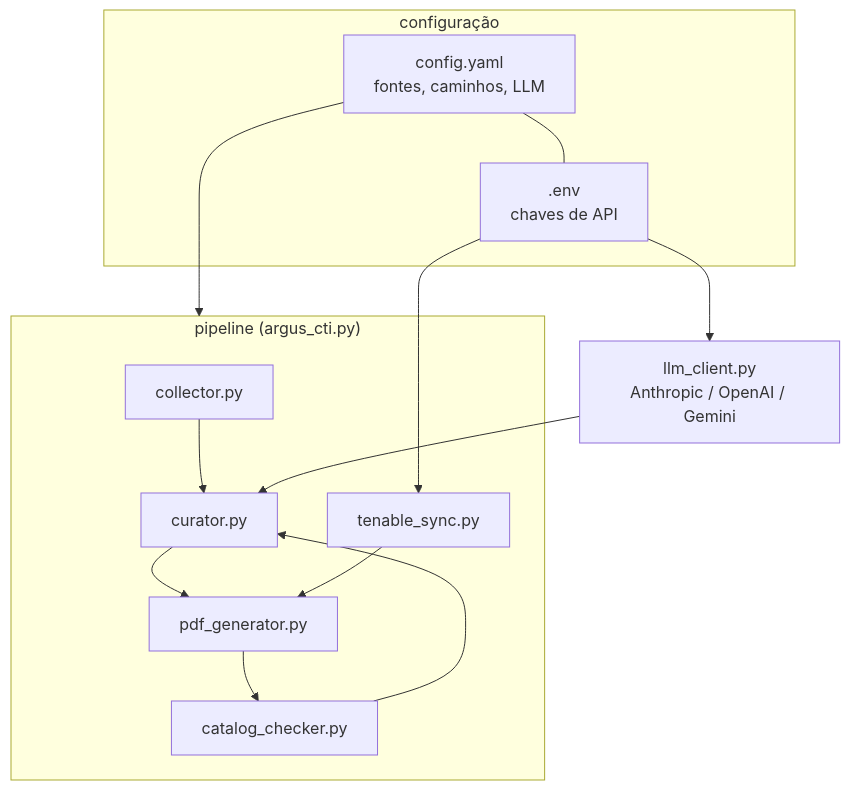
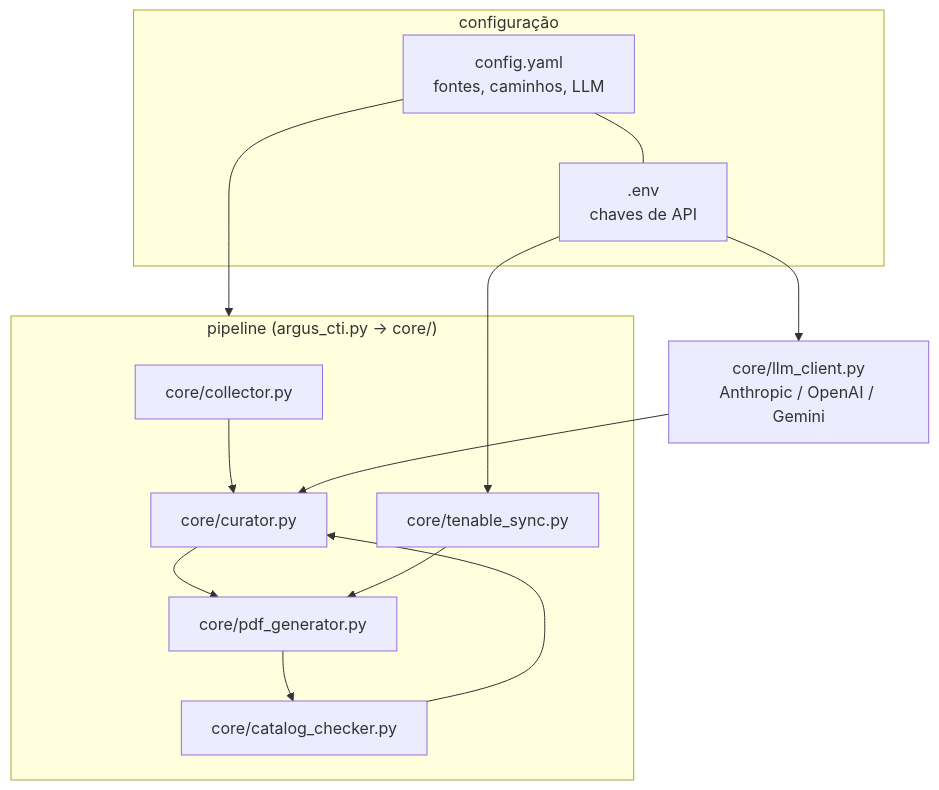
One commit to boliveiras/argus-cti-v1 changed the second of 2 diagrams in README.md. Above: the diagram before and after it, drawn with Mermaid. The commit also changed 10 other files, not shown here.

````diff
--- a/README.md
+++ b/README.md
@@ -76,16 +76,16 @@
 ```mermaid
 flowchart TB
     subgraph config["configuração"]
         Y[config.yaml<br/>fontes, caminhos, LLM] --- Z[.env<br/>chaves de API]
     end
-    subgraph nucleo["pipeline (argus_cti.py)"]
-        B[collector.py] --> C[curator.py] --> P[pdf_generator.py]
-        K[catalog_checker.py] --> C
+    subgraph nucleo["pipeline (argus_cti.py → core/)"]
+        B[core/collector.py] --> C[core/curator.py] --> P[core/pdf_generator.py]
+        K[core/catalog_checker.py] --> C
         P --> K
-        T[tenable_sync.py] --> P
+        T[core/tenable_sync.py] --> P
     end
-    L[llm_client.py<br/>Anthropic / OpenAI / Gemini] --> C
+    L[core/llm_client.py<br/>Anthropic / OpenAI / Gemini] --> C
     Y --> nucleo
     Z --> L
     Z --> T
 ```
````
